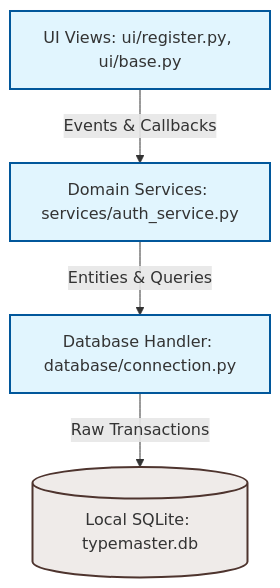
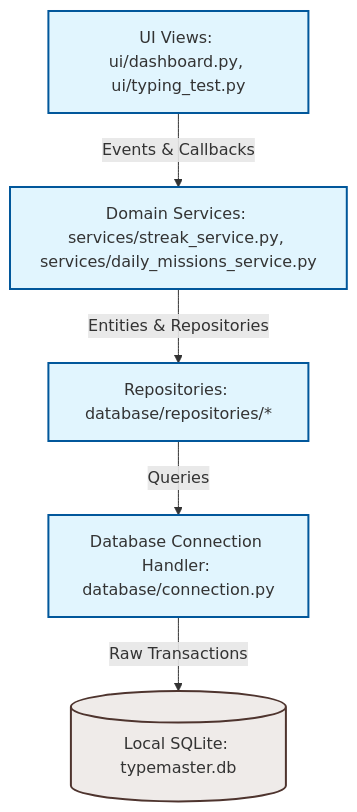
The diagram in README.md (Valijon21/Tezyoz), drawn with Mermaid before and after one commit. The commit also changed other lines of this file and 31 other files, not shown here.

Commit message:
feat: implement leaderboard view, heatmap analytics, typing test calculations, devops configurations, and revamped senior level documentation

````diff
--- a/README.md
+++ b/README.md
@@ -25,12 +32,13 @@
 ```mermaid
 graph TD
     classDef layer fill:#e1f5fe,stroke:#01579b,stroke-width:2px;
     classDef db fill:#efebe9,stroke:#4e342e,stroke-width:2px;
 
-    UI[UI Views: ui/register.py, ui/base.py] -->|Events & Callbacks| Services[Domain Services: services/auth_service.py]
-    Services -->|Entities & Queries| DatabaseConnector[Database Handler: database/connection.py]
+    UI[UI Views: ui/dashboard.py, ui/typing_test.py] -->|Events & Callbacks| Services[Domain Services: services/streak_service.py, services/daily_missions_service.py]
+    Services -->|Entities & Repositories| Repositories[Repositories: database/repositories/*]
+    Repositories -->|Queries| DatabaseConnector[Database Connection Handler: database/connection.py]
     DatabaseConnector -->|Raw Transactions| SQLite[(Local SQLite: typemaster.db)]
 
-    class UI,Services,DatabaseConnector layer;
+    class UI,Services,Repositories,DatabaseConnector layer;
     class SQLite db;
 ```
````
